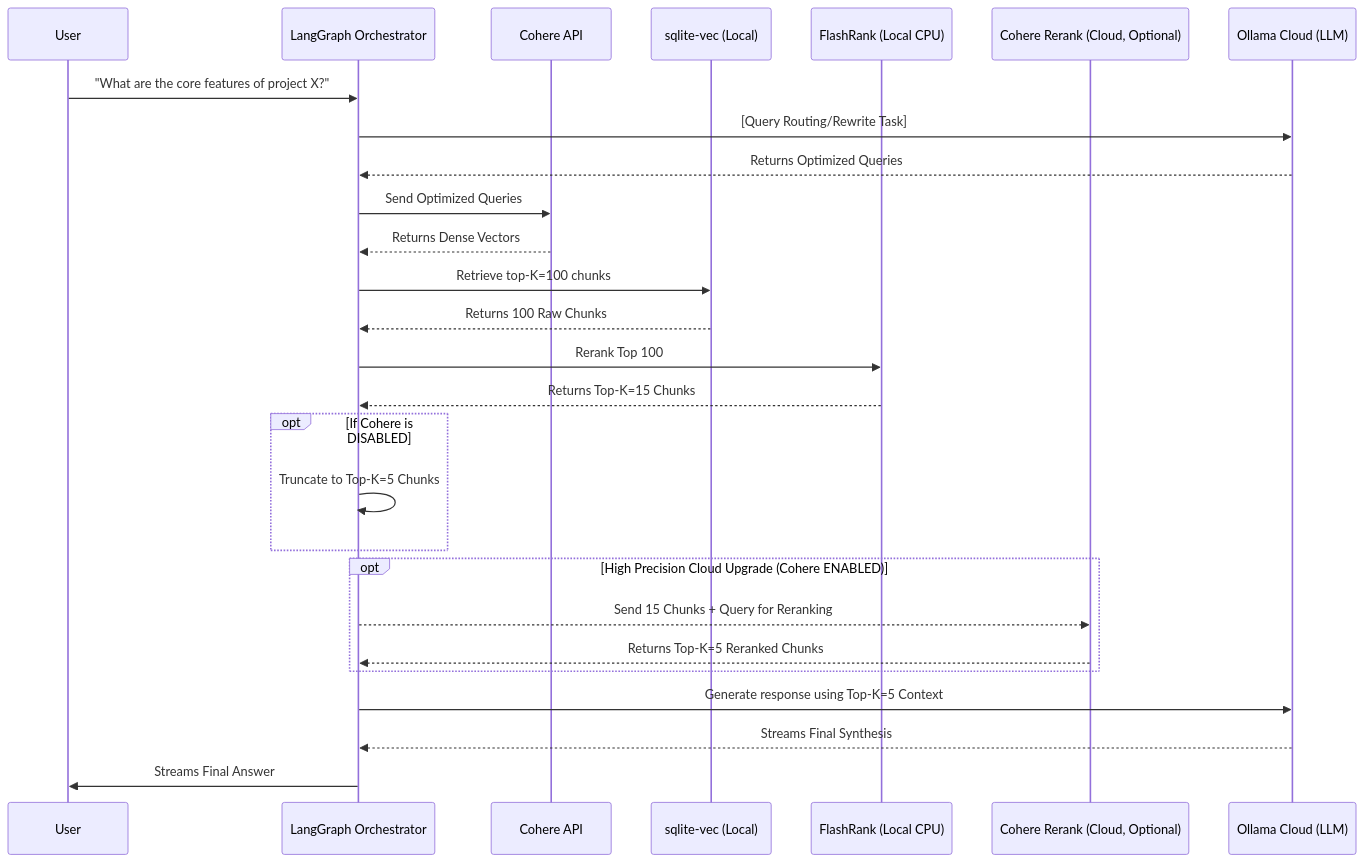
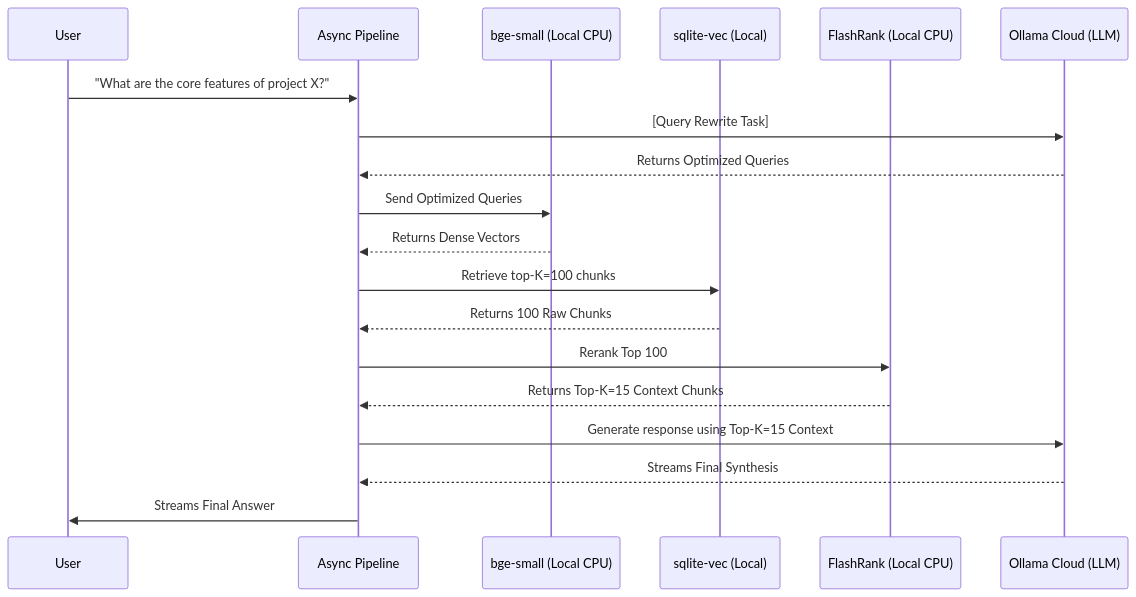
Before and after one commit to dpsdagain/RAG: the second of 7 diagrams in rag_final_architecture_2026.md, drawn with Mermaid. The commit also changed other lines of this file and 5 other files, not shown here.

Commit message:
docs: V2 Elite Architecture refactor (remove LangGraph, enforce Local bge-small, multiprocessing ingestion)

````diff
--- a/rag_final_architecture_2026.md
+++ b/rag_final_architecture_2026.md
@@ -55,36 +53,26 @@
 ```mermaid
 sequenceDiagram
     participant User
-    participant LangGraph as LangGraph Orchestrator
-    participant Embed as Cohere API
+    participant Pipeline as Async Pipeline
+    participant Embed as bge-small (Local CPU)
     participant VecDB as sqlite-vec (Local)
     participant FlashRank as FlashRank (Local CPU)
-    participant Cohere as Cohere Rerank (Cloud, Optional)
     participant Ollama as Ollama Cloud (LLM)
 
-    User->>LangGraph: "What are the core features of project X?"
-    LangGraph->>Ollama: [Query Routing/Rewrite Task]
-    Ollama-->>LangGraph: Returns Optimized Queries
+    User->>Pipeline: "What are the core features of project X?"
+    Pipeline->>Ollama: [Query Rewrite Task]
+    Ollama-->>Pipeline: Returns Optimized Queries
     
-    LangGraph->>Embed: Send Optimized Queries
-    Embed-->>LangGraph: Returns Dense Vectors
+    Pipeline->>Embed: Send Optimized Queries
+    Embed-->>Pipeline: Returns Dense Vectors
     
-    LangGraph->>VecDB: Retrieve top-K=100 chunks
-    VecDB-->>LangGraph: Returns 100 Raw Chunks
+    Pipeline->>VecDB: Retrieve top-K=100 chunks
+    VecDB-->>Pipeline: Returns 100 Raw Chunks
     
-    LangGraph->>FlashRank: Rerank Top 100
-    FlashRank-->>LangGraph: Returns Top-K=15 Chunks
+    Pipeline->>FlashRank: Rerank Top 100
+    FlashRank-->>Pipeline: Returns Top-K=15 Context Chunks
     
-    opt If Cohere is DISABLED
-        LangGraph->>LangGraph: Truncate to Top-K=5 Chunks
-    end
-    
-    opt High Precision Cloud Upgrade (Cohere ENABLED)
-        LangGraph-->>Cohere: Send 15 Chunks + Query for Reranking
-        Cohere-->>LangGraph: Returns Top-K=5 Reranked Chunks
-    end
-    
-    LangGraph->>Ollama: Generate response using Top-K=5 Context
-    Ollama-->>LangGraph: Streams Final Synthesis
-    LangGraph->>User: Streams Final Answer
+    Pipeline->>Ollama: Generate response using Top-K=15 Context
+    Ollama-->>Pipeline: Streams Final Synthesis
+    Pipeline->>User: Streams Final Answer
 ```
````
